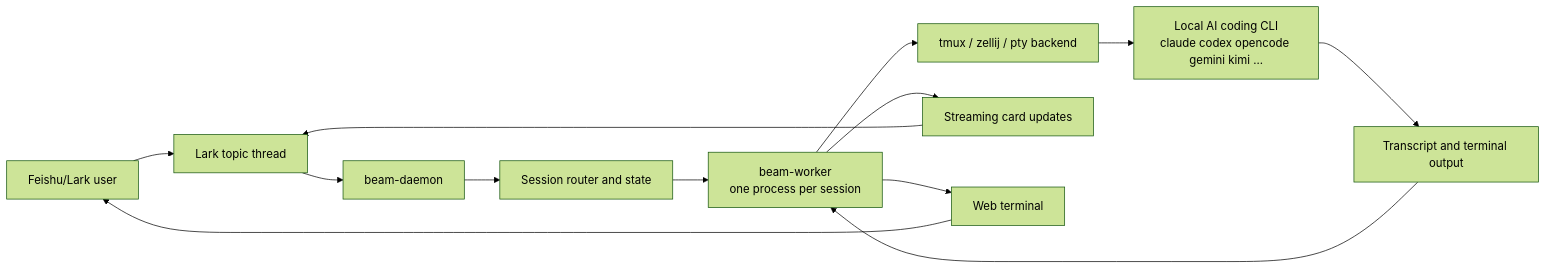
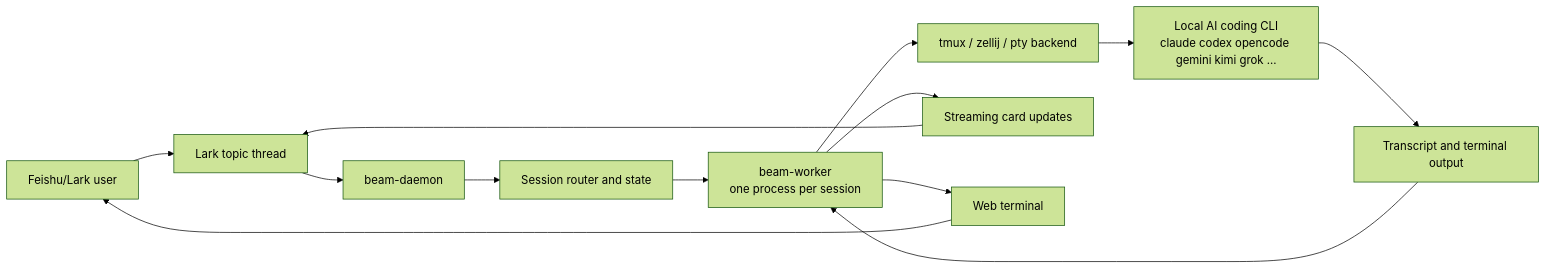
Before and after one commit to linuxhenhao/beam: the diagram in README.en.md, drawn with Mermaid (forest theme). The commit also changed other lines of this file and 6 other files, not shown here.

First line of the commit message:
feat(beam-worker): 新增 Grok Build CLI 适配器

````diff
--- a/README.en.md
+++ b/README.en.md
@@ -35,15 +35,15 @@
 ```mermaid
 flowchart LR
     U[Feishu/Lark user] --> T[Lark topic thread]
     T --> D[beam-daemon]
     D --> S[Session router and state]
     S --> W[beam-worker<br/>one process per session]
     W --> B[tmux / zellij / pty backend]
-    B --> C[Local AI coding CLI<br/>claude codex opencode gemini kimi ...]
+    B --> C[Local AI coding CLI<br/>claude codex opencode gemini kimi grok ...]
     W --> K[Streaming card updates]
     W --> P[Web terminal]
     C --> O[Transcript and terminal output]
     O --> W
     K --> T
     P --> U
 ```
````
